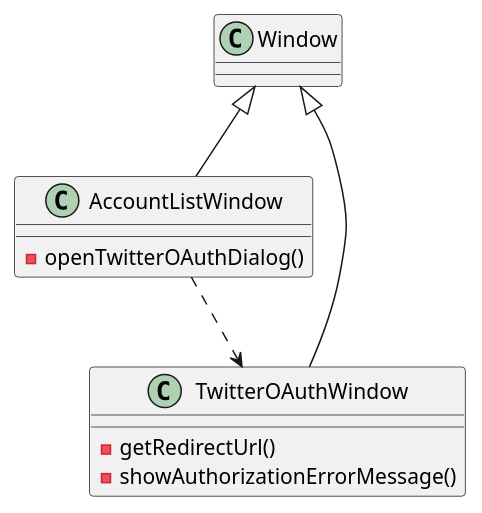
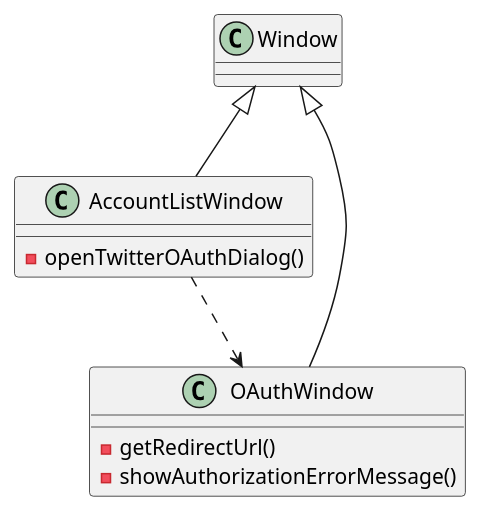
The diagram in doc/class/window.pu (k42un0k0/k42un0k0snsdeck), drawn with PlantUML before and after one commit. The commit also changed 34 other files, not shown here.

```diff
--- a/doc/class/window.pu
+++ b/doc/class/window.pu
@@ -1,18 +1,18 @@
 @startuml window
 
 class Window
 
 class AccountListWindow{
     - openTwitterOAuthDialog()
 }
 
-class TwitterOAuthWindow{
+class OAuthWindow{
     - getRedirectUrl()
     - showAuthorizationErrorMessage()
 }
 
 Window <|-- AccountListWindow
-Window <|-- TwitterOAuthWindow
-AccountListWindow ..> TwitterOAuthWindow
+Window <|-- OAuthWindow
+AccountListWindow ..> OAuthWindow
 
 @enduml
```
